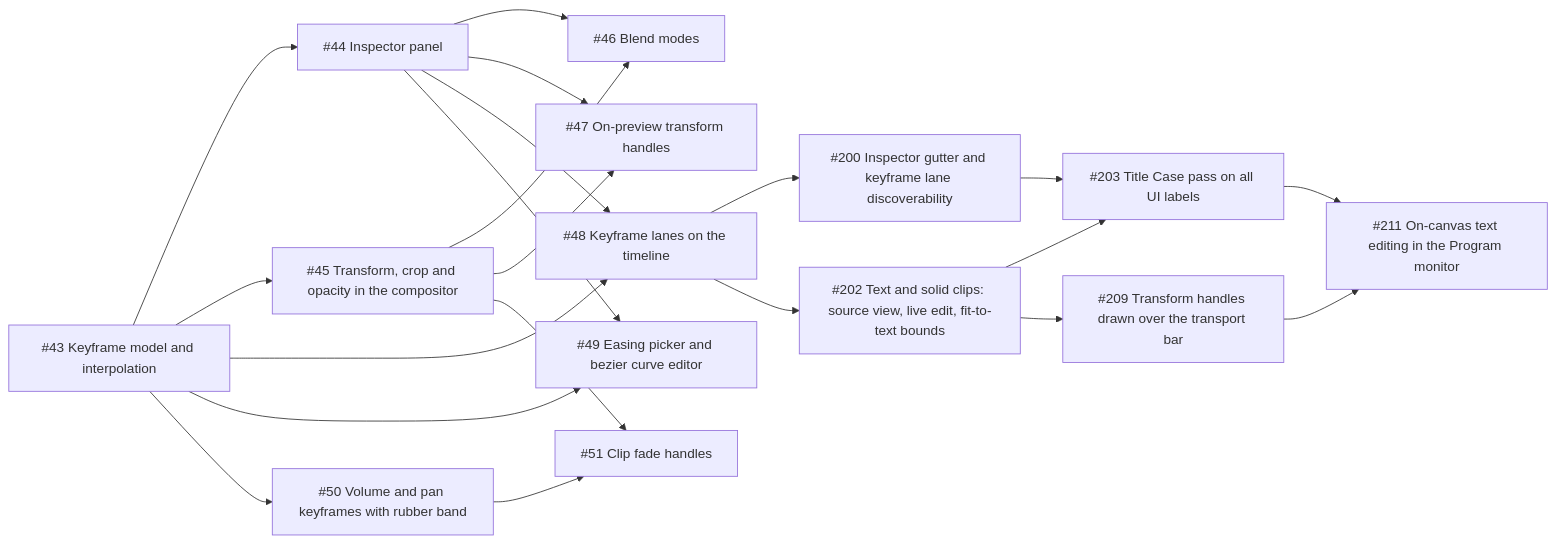
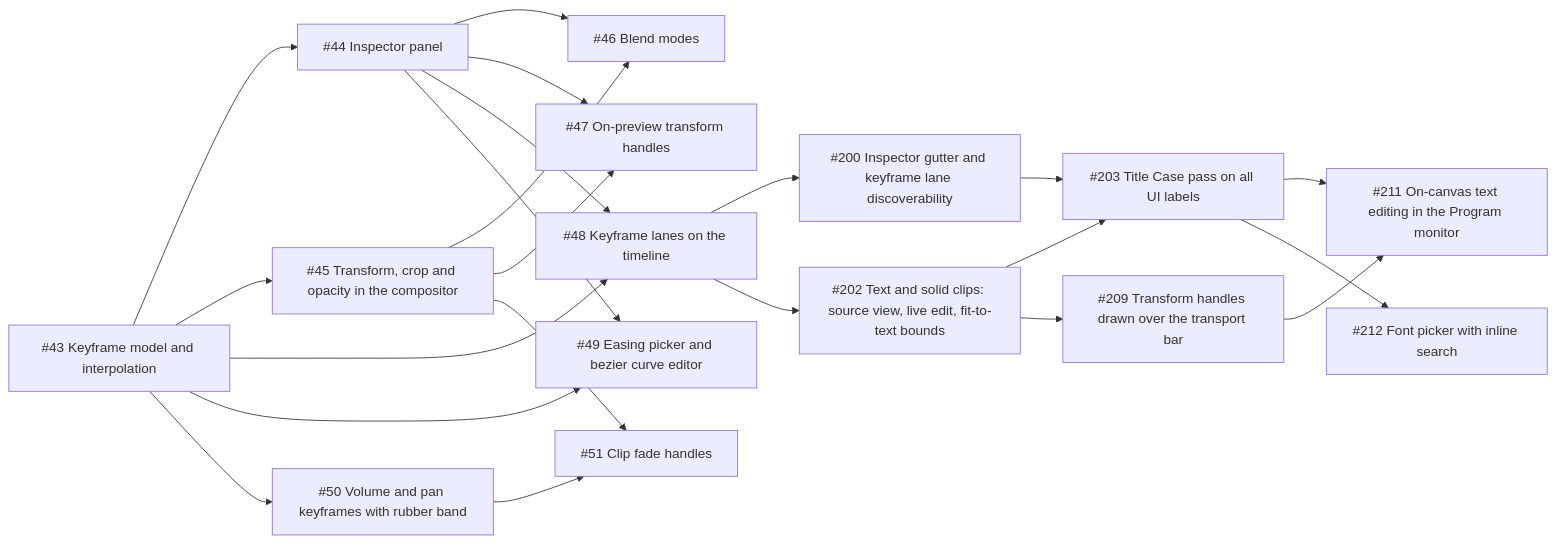
One commit to jarradbanks/jvid changed the fourth of 7 diagrams in docs/ROADMAP.md. Above: the diagram before and after it, drawn with Mermaid. The commit also changed other lines of this file and 2 other files, not shown here.

Commit message:
Roadmap: font picker

````diff
--- a/docs/ROADMAP.md
+++ b/docs/ROADMAP.md
@@ -242,37 +242,39 @@
 ```mermaid
 flowchart LR
   keyframes["#35;43 Keyframe model and interpolation"]
   inspector["#35;44 Inspector panel"]
   transform["#35;45 Transform, crop and opacity in the compositor"]
   blend["#35;46 Blend modes"]
   gizmo["#35;47 On-preview transform handles"]
   keyframe_lanes["#35;48 Keyframe lanes on the timeline"]
   easing_ui["#35;49 Easing picker and bezier curve editor"]
   audio_keys["#35;50 Volume and pan keyframes with rubber band"]
   fades["#35;51 Clip fade handles"]
   kf_discover["#35;200 Inspector gutter and keyframe lane discoverability"]
   text_solid_fixes["#35;202 Text and solid clips: source view, live edit, fit-to-text bounds"]
   title_case["#35;203 Title Case pass on all UI labels"]
   gizmo_clip["#35;209 Transform handles drawn over the transport bar"]
   canvas_text_edit["#35;211 On-canvas text editing in the Program monitor"]
+  font_picker["#35;212 Font picker with inline search"]
   keyframes --> inspector
   keyframes --> transform
   transform --> blend
   inspector --> blend
   transform --> gizmo
   inspector --> gizmo
   keyframes --> keyframe_lanes
   inspector --> keyframe_lanes
   keyframes --> easing_ui
   inspector --> easing_ui
   keyframes --> audio_keys
   audio_keys --> fades
   transform --> fades
   keyframe_lanes --> kf_discover
   keyframe_lanes --> text_solid_fixes
   text_solid_fixes --> title_case
   kf_discover --> title_case
   text_solid_fixes --> gizmo_clip
   gizmo_clip --> canvas_text_edit
   title_case --> canvas_text_edit
+  title_case --> font_picker
 ```
````
